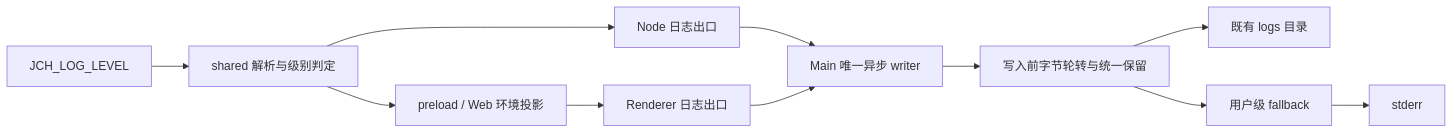
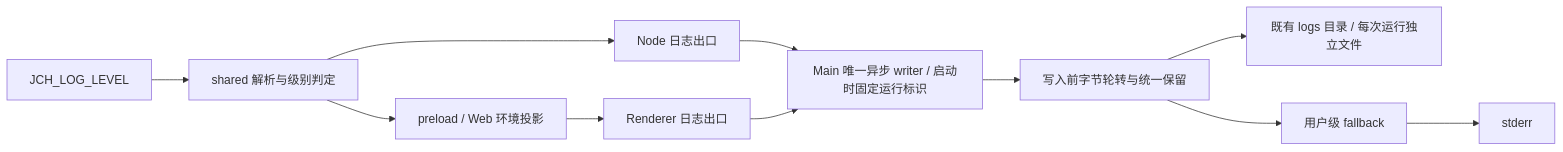
The diagram in docs/requirements/logging.md (jchanghong023/OmpCode), drawn with Mermaid before and after one commit. The commit also changed other lines of this file and 2 other files, not shown here.

````diff
--- a/docs/requirements/logging.md
+++ b/docs/requirements/logging.md
@@ -14,13 +14,13 @@
 ```mermaid
 flowchart LR
   E[JCH_LOG_LEVEL] --> C[shared 解析与级别判定]
   C --> N[Node 日志出口]
   C --> P[preload / Web 环境投影]
   P --> R[Renderer 日志出口]
-  N --> M[Main 唯一异步 writer]
+  N --> M[Main 唯一异步 writer / 启动时固定运行标识]
   R --> M
   M --> F[写入前字节轮转与统一保留]
-  F --> L[既有 logs 目录]
+  F --> L[既有 logs 目录 / 每次运行独立文件]
   F --> B[用户级 fallback]
   B --> S[stderr]
 ```
````
